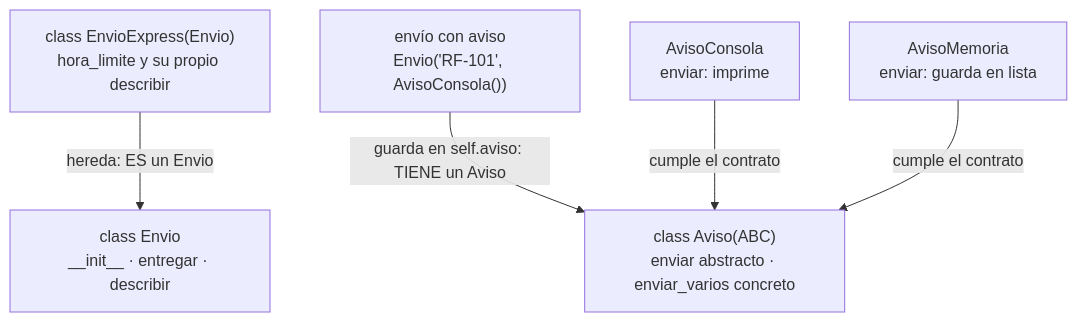
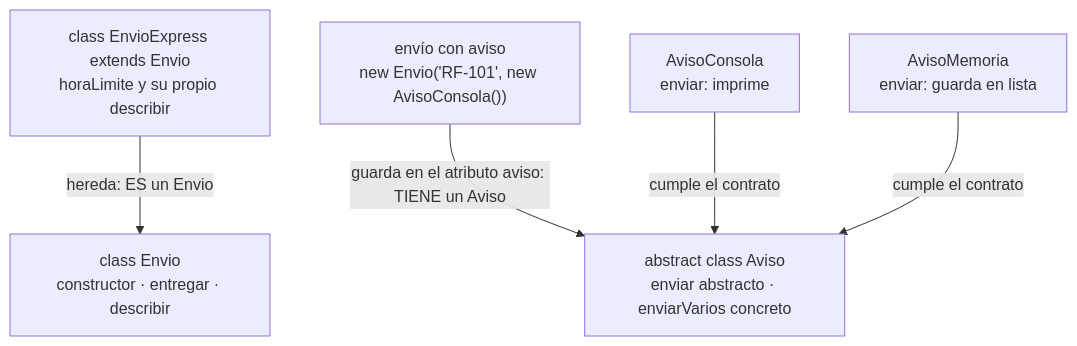
The seventh of 7 diagrams in web/public/content/foundations/modulo-1.md (NICORUIZ93/The_Imperial_Book), drawn with Mermaid before and after one commit. The commit also changed other lines of this file and 4 other files, not shown here.

````diff
--- a/web/public/content/foundations/modulo-1.md
+++ b/web/public/content/foundations/modulo-1.md
@@ -1640,13 +1747,13 @@
 ```mermaid
 flowchart TB
-    E["class Envio<br/>__init__ · entregar · describir"]
-    X["class EnvioExpress(Envio)<br/>hora_limite y su propio describir"]
-    A["class Aviso(ABC)<br/>enviar abstracto · enviar_varios concreto"]
+    E["class Envio<br/>constructor · entregar · describir"]
+    X["class EnvioExpress extends Envio<br/>horaLimite y su propio describir"]
+    A["abstract class Aviso<br/>enviar abstracto · enviarVarios concreto"]
     C["AvisoConsola<br/>enviar: imprime"]
     M["AvisoMemoria<br/>enviar: guarda en lista"]
-    EA["envío con aviso<br/>Envio('RF-101', AvisoConsola())"]
+    EA["envío con aviso<br/>new Envio('RF-101', new AvisoConsola())"]
     X -->|"hereda: ES un Envio"| E
-    EA -->|"guarda en self.aviso: TIENE un Aviso"| A
+    EA -->|"guarda en el atributo aviso: TIENE un Aviso"| A
     C -->|"cumple el contrato"| A
     M -->|"cumple el contrato"| A
 ```
````
